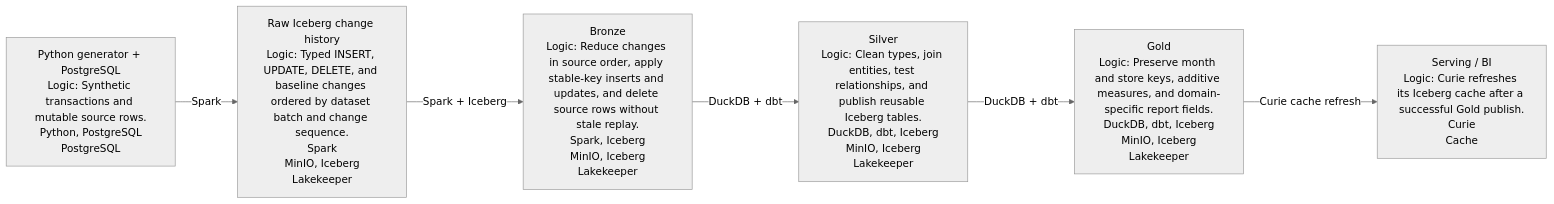
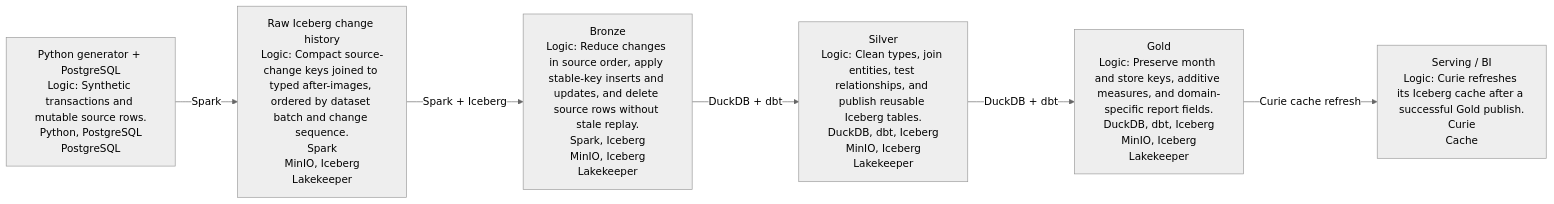
Before and after one commit to AntonMiniazev/ampere_project: the diagram in docs/dataflow/generated/project_dataflow.md, drawn with Mermaid (neutral theme). The commit also changed 22 other files, not shown here.

Commit message:
refactor(raw): store compact source change metadata

````diff
--- a/docs/dataflow/generated/project_dataflow.md
+++ b/docs/dataflow/generated/project_dataflow.md
@@ -5,15 +5,15 @@
 ```mermaid
 flowchart LR
     L_SOURCE["Python generator + PostgreSQL<br/>Logic: Synthetic transactions and mutable source rows.<br/>Python, PostgreSQL<br/>PostgreSQL"]
-    L_RAW["Raw Iceberg change history<br/>Logic: Typed INSERT, UPDATE, DELETE, and baseline changes ordered by dataset batch and change sequence.<br/>Spark<br/>MinIO, Iceberg<br/>Lakekeeper"]
+    L_RAW["Raw Iceberg change history<br/>Logic: Compact source-change keys joined to typed after-images, ordered by dataset batch and change sequence.<br/>Spark<br/>MinIO, Iceberg<br/>Lakekeeper"]
     L_BRONZE["Bronze<br/>Logic: Reduce changes in source order, apply stable-key inserts and updates, and delete source rows without stale replay.<br/>Spark, Iceberg<br/>MinIO, Iceberg<br/>Lakekeeper"]
     L_SILVER["Silver<br/>Logic: Clean types, join entities, test relationships, and publish reusable Iceberg tables.<br/>DuckDB, dbt, Iceberg<br/>MinIO, Iceberg<br/>Lakekeeper"]
     L_GOLD["Gold<br/>Logic: Preserve month and store keys, additive measures, and domain-specific report fields.<br/>DuckDB, dbt, Iceberg<br/>MinIO, Iceberg<br/>Lakekeeper"]
     L_SERVING["Serving / BI<br/>Logic: Curie refreshes its Iceberg cache after a successful Gold publish.<br/>Curie<br/>Cache"]
 
     L_SOURCE -->|"Spark"| L_RAW
     L_RAW -->|"Spark + Iceberg"| L_BRONZE
     L_BRONZE -->|"DuckDB + dbt"| L_SILVER
     L_SILVER -->|"DuckDB + dbt"| L_GOLD
     L_GOLD -->|"Curie cache refresh"| L_SERVING
 ```
````
